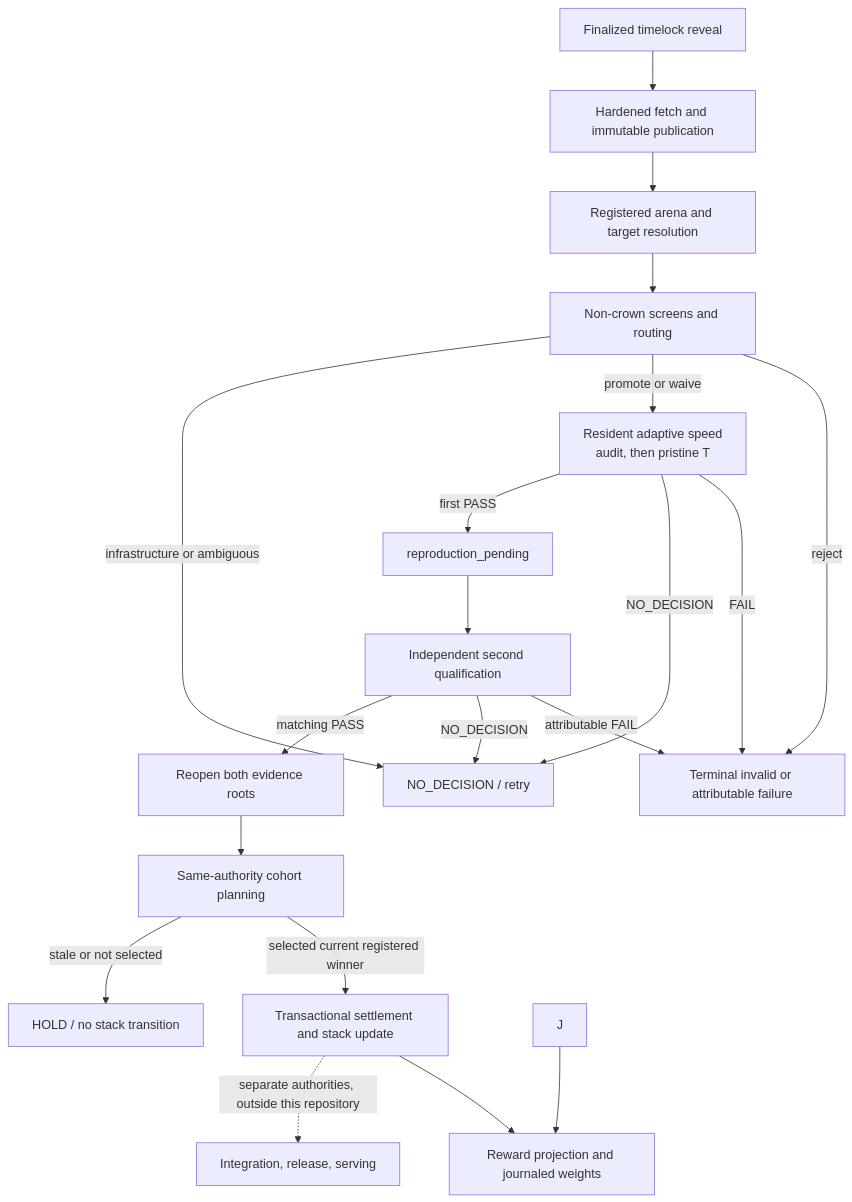
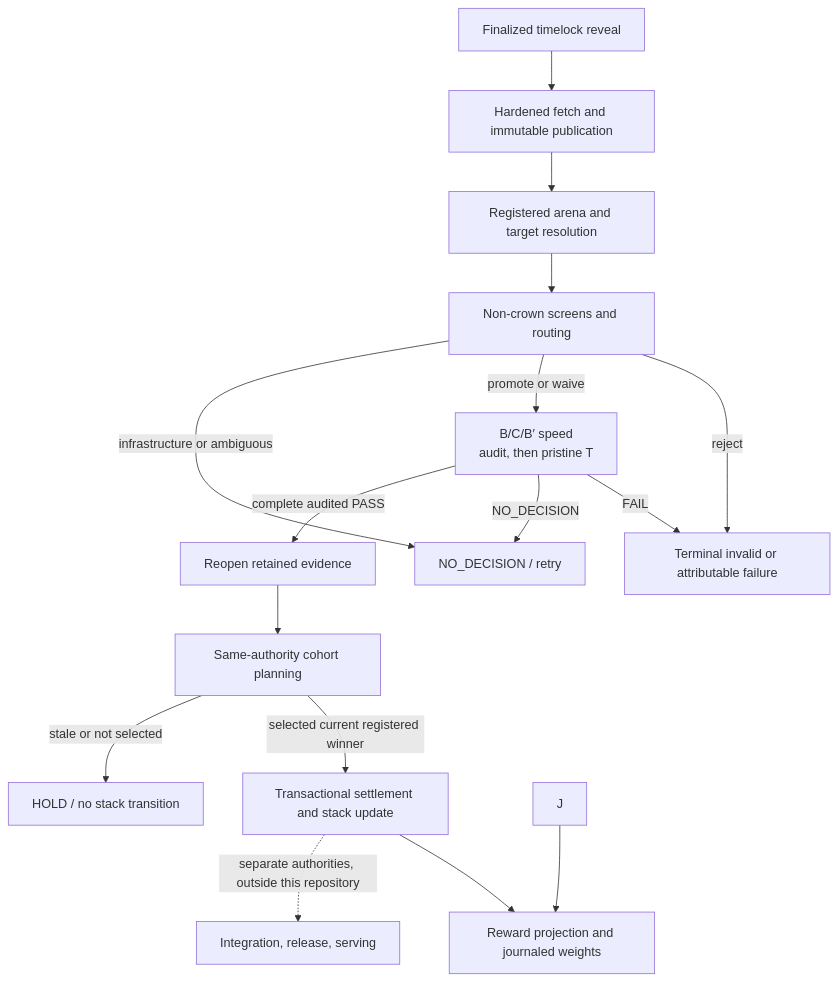
One commit to latent-to/cacheon changed the diagram in docs/architecture/pipeline.md. Above: the diagram before and after it, drawn with Mermaid. The commit also changed other lines of this file and 59 other files, not shown here.

````diff
--- a/docs/architecture/pipeline.md
+++ b/docs/architecture/pipeline.md
@@ -34,22 +33,18 @@
 ```mermaid
 flowchart TD
     A["Finalized timelock reveal"] --> B["Hardened fetch and immutable publication"]
     B --> C["Registered arena and target resolution"]
     C --> D["Non-crown screens and routing"]
     D -->|"reject"| F["Terminal invalid or attributable failure"]
-    D -->|"promote or waive"| Q["Resident adaptive speed<br/>audit, then pristine T"]
+    D -->|"promote or waive"| Q["B/C/B′ speed<br/>audit, then pristine T"]
     D -->|"infrastructure or ambiguous"| N["NO_DECISION / retry"]
     Q -->|"FAIL"| F
     Q -->|"NO_DECISION"| N
-    Q -->|"first PASS"| P["reproduction_pending"]
-    P --> R["Independent second qualification"]
-    R -->|"attributable FAIL"| F
-    R -->|"NO_DECISION"| N
-    R -->|"matching PASS"| S["Reopen both evidence roots"]
+    Q -->|"complete audited PASS"| S["Reopen retained evidence"]
     S --> G["Same-authority cohort planning"]
     G -->|"selected current registered winner"| T["Transactional settlement and stack update"]
     G -->|"stale or not selected"| H["HOLD / no stack transition"]
     T --> W["Reward projection and journaled weights"]
     J --> W
     T -. "separate authorities, outside this repository" .-> I["Integration, release, serving"]
 ```
````
